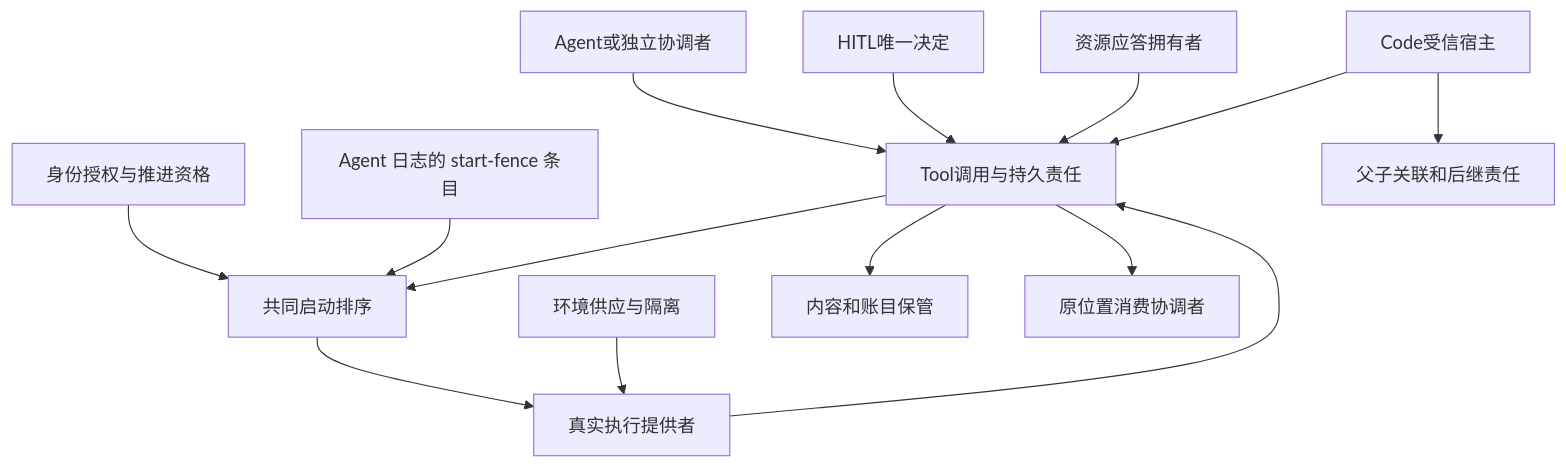
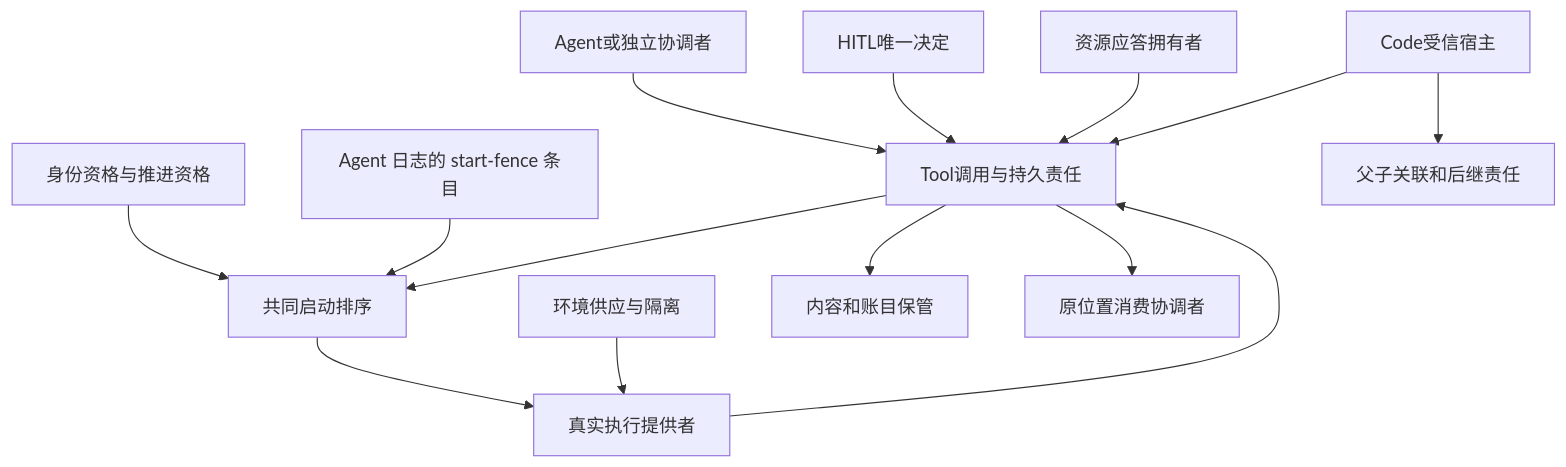
One commit to nemori-ai/omne-harness-lite changed the second of 3 diagrams in docs/domains/tool-execution/architecture.md. Above: the diagram before and after it, drawn with Mermaid. The commit also changed other lines of this file and 30 other files, not shown here.

````diff
--- a/docs/domains/tool-execution/architecture.md
+++ b/docs/domains/tool-execution/architecture.md
@@ -71,16 +71,16 @@
 ```mermaid
 flowchart TD
     Initiator[Agent或独立协调者] --> Tool[Tool调用与持久责任]
-    Identity[身份授权与推进资格] --> Fence[共同启动排序]
+    Identity[身份资格与推进资格] --> Fence[共同启动排序]
     StartFence[Agent 日志的 start-fence 条目] --> Fence
     Tool --> Fence
     Fence --> Execution[真实执行提供者]
     Environment[环境供应与隔离] --> Execution
     Execution --> Tool
     HITL[HITL唯一决定] --> Tool
     Resource[资源应答拥有者] --> Tool
     Tool --> Custody[内容和账目保管]
     Tool --> Consumer[原位置消费协调者]
     Code[Code受信宿主] --> Tool
     Code --> Children[父子关联和后继责任]
 ```
````
